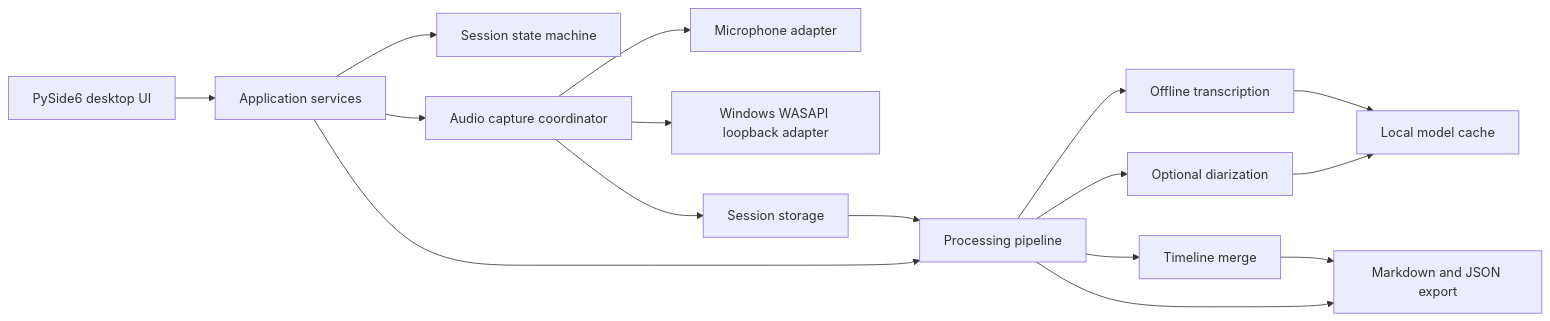
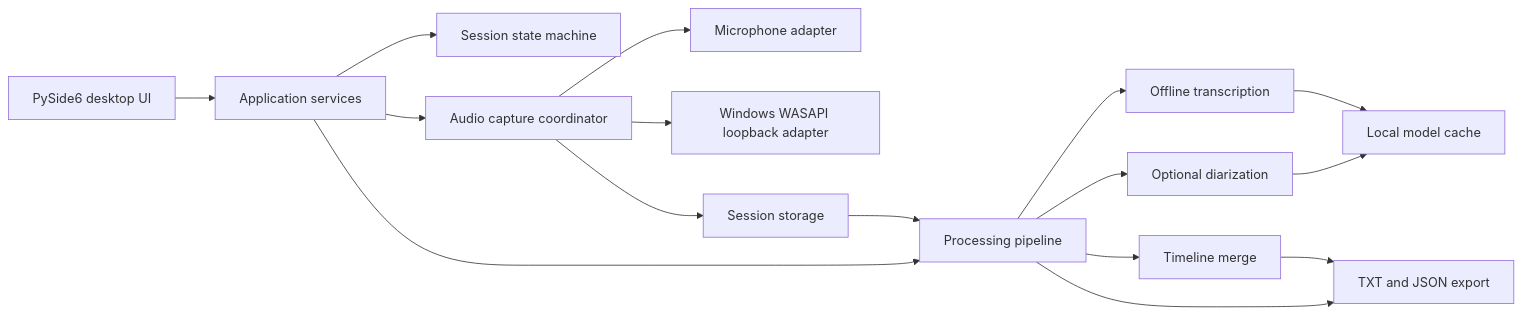
Before and after one commit to Dadaranger/Meeting-Transcriber: the first of 2 diagrams in docs/ARCHITECTURE.md, drawn with Mermaid. The commit also changed other lines of this file and 12 other files, not shown here.

````diff
--- a/docs/ARCHITECTURE.md
+++ b/docs/ARCHITECTURE.md
@@ -16,18 +16,18 @@
 ```mermaid
 flowchart LR
     UI["PySide6 desktop UI"] --> APP["Application services"]
     APP --> SESSION["Session state machine"]
     APP --> CAPTURE["Audio capture coordinator"]
     APP --> PIPELINE["Processing pipeline"]
     CAPTURE --> MIC["Microphone adapter"]
     CAPTURE --> LOOPBACK["Windows WASAPI loopback adapter"]
     CAPTURE --> STORE["Session storage"]
     PIPELINE --> TRANSCRIBE["Offline transcription"]
     PIPELINE --> DIARIZE["Optional diarization"]
     PIPELINE --> MERGE["Timeline merge"]
-    PIPELINE --> EXPORT["Markdown and JSON export"]
+    PIPELINE --> EXPORT["TXT and JSON export"]
     TRANSCRIBE --> MODELS["Local model cache"]
     DIARIZE --> MODELS
     STORE --> PIPELINE
     MERGE --> EXPORT
 ```
````
